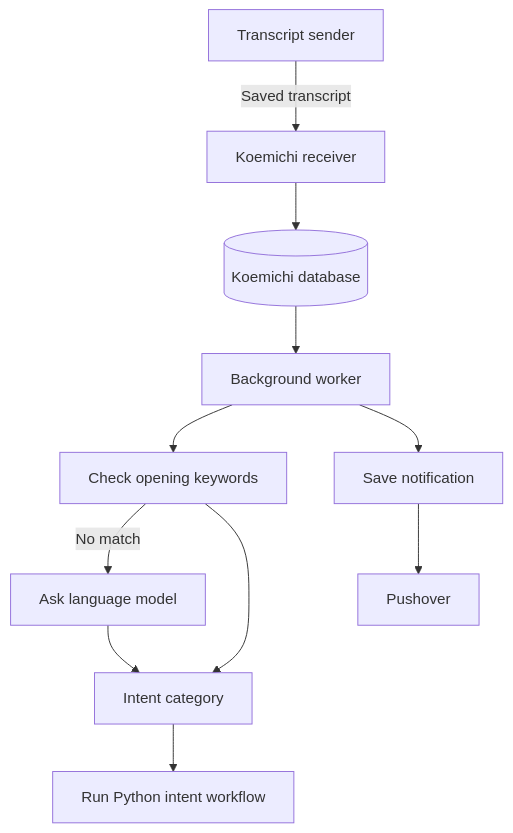
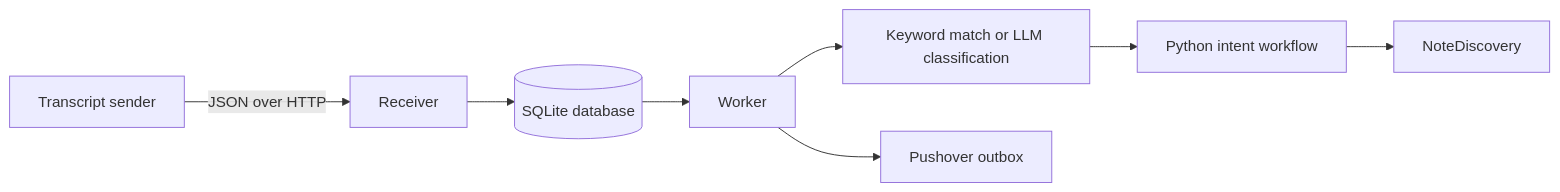
One commit to divin/koemichi changed the diagram in README.md. Above: the diagram before and after it, drawn with Mermaid. The commit also changed other lines of this file and 14 other files, not shown here.

````diff
--- a/README.md
+++ b/README.md
@@ -9,13 +9,10 @@
 ```mermaid
-flowchart TD
-    A[Transcript sender] -->|Saved transcript| B[Koemichi receiver]
-    B --> C[(Koemichi database)]
-    C --> D[Background worker]
-    D --> E[Check opening keywords]
-    E -->|No match| F[Ask language model]
-    E --> G[Intent category]
-    F --> G
-    G --> H[Run Python intent workflow]
-    D --> I[Save notification]
-    I --> J[Pushover]
+flowchart LR
+    A[Transcript sender] -->|JSON over HTTP| B[Receiver]
+    B --> C[(SQLite database)]
+    C --> D[Worker]
+    D --> E[Keyword match or LLM classification]
+    E --> F[Python intent workflow]
+    F --> G[NoteDiscovery]
+    D --> H[Pushover outbox]
 ```
````
